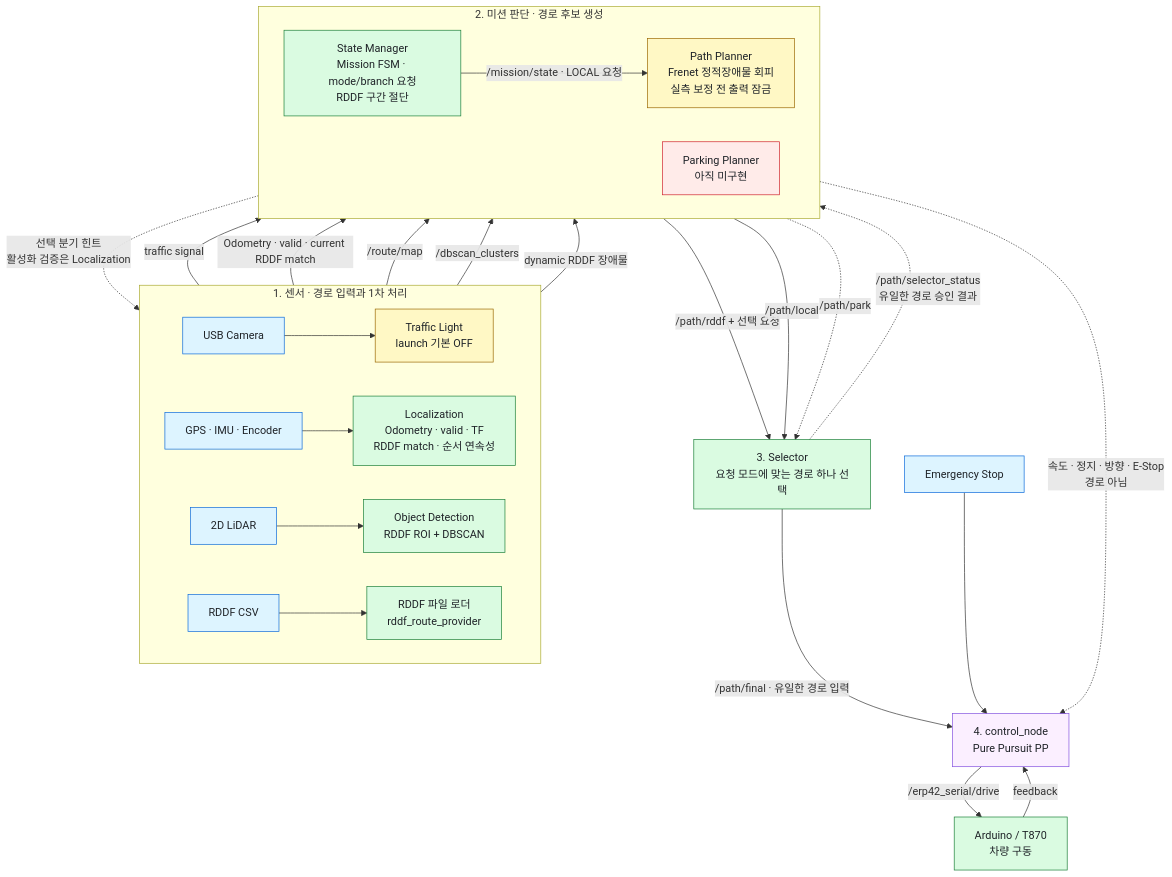
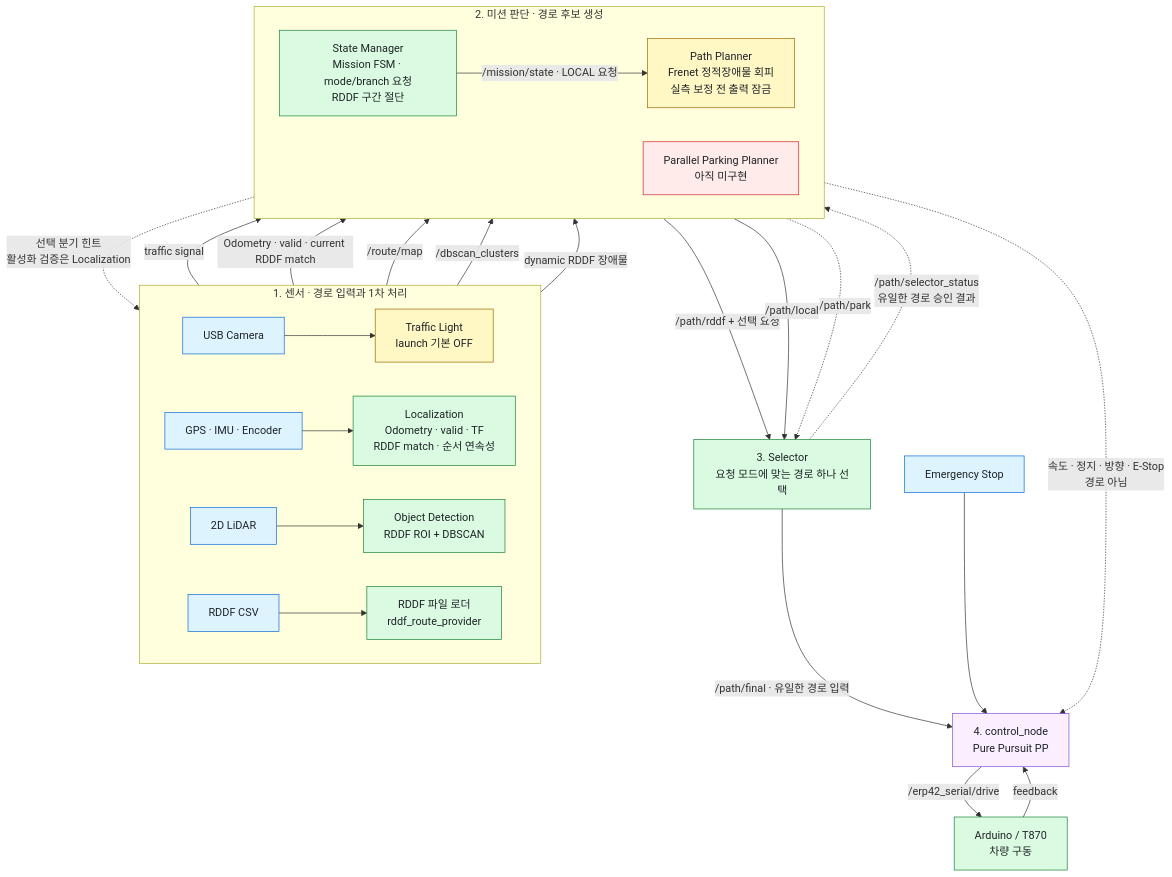
The diagram in docs/architecture.md (Team-Stier/HL-FMA-1-5-2026), drawn with Mermaid before and after one commit. The commit also changed other lines of this file and 9 other files, not shown here.

````diff
--- a/docs/architecture.md
+++ b/docs/architecture.md
@@ -22,48 +22,48 @@
 ```mermaid
 flowchart TB
     classDef sensor fill:#ddf4ff,stroke:#0969da,color:#1f2328
     classDef active fill:#dafbe1,stroke:#1a7f37,color:#1f2328
     classDef gated fill:#fff8c5,stroke:#9a6700,color:#1f2328
     classDef control fill:#fbefff,stroke:#8250df,color:#1f2328
     classDef later fill:#ffebe9,stroke:#cf222e,color:#1f2328
 
     subgraph INPUT[1. 센서 · 경로 입력과 1차 처리]
         direction LR
         CAMERA[USB Camera]:::sensor --> TL[Traffic Light<br/>launch 기본 OFF]:::gated
         MOTION[GPS · IMU · Encoder]:::sensor --> LOC[Localization<br/>Odometry · valid · TF<br/>RDDF match · 순서 연속성]:::active
         LIDAR[2D LiDAR]:::sensor --> OD[Object Detection<br/>RDDF ROI + DBSCAN]:::active
         FILES[RDDF CSV]:::sensor --> LOADER[RDDF 파일 로더<br/>rddf_route_provider]:::active
     end
 
     subgraph PLAN[2. 미션 판단 · 경로 후보 생성]
         direction LR
         SM[State Manager<br/>Mission FSM · mode/branch 요청<br/>RDDF 구간 절단]:::active
         LP[Path Planner<br/>Frenet 정적장애물 회피<br/>실측 보정 전 출력 잠금]:::gated
-        PARK[Parking Planner<br/>아직 미구현]:::later
+        PARK[Parallel Parking Planner<br/>아직 미구현]:::later
     end
 
     SEL[3. Selector<br/>요청 모드에 맞는 경로 하나 선택]:::active
     PP[4. control_node<br/>Pure Pursuit PP]:::control
     ESTOP[Emergency Stop]:::sensor
     CAR[Arduino / T870<br/>차량 구동]:::active
 
     TL -->|traffic signal| SM
     LOC -->|Odometry · valid · current RDDF match| SM
     SM -.->|선택 분기 힌트<br/>활성화 검증은 Localization| LOC
     LOADER -->|/route/map| SM
 
     OD -->|/dbscan_clusters| LP
     OD -->|dynamic RDDF 장애물| SM
     SM -->|/mission/state · LOCAL 요청| LP
 
     SM -->|/path/rddf + 선택 요청| SEL
     LP -->|/path/local| SEL
     PARK -.->|/path/park| SEL
     SEL -.->|/path/selector_status<br/>유일한 경로 승인 결과| SM
 
     SEL -->|/path/final · 유일한 경로 입력| PP
     SM -.->|속도 · 정지 · 방향 · E-Stop<br/>경로 아님| PP
     ESTOP --> PP
     CAR -->|feedback| PP
     PP -->|/erp42_serial/drive| CAR
 ```
````
